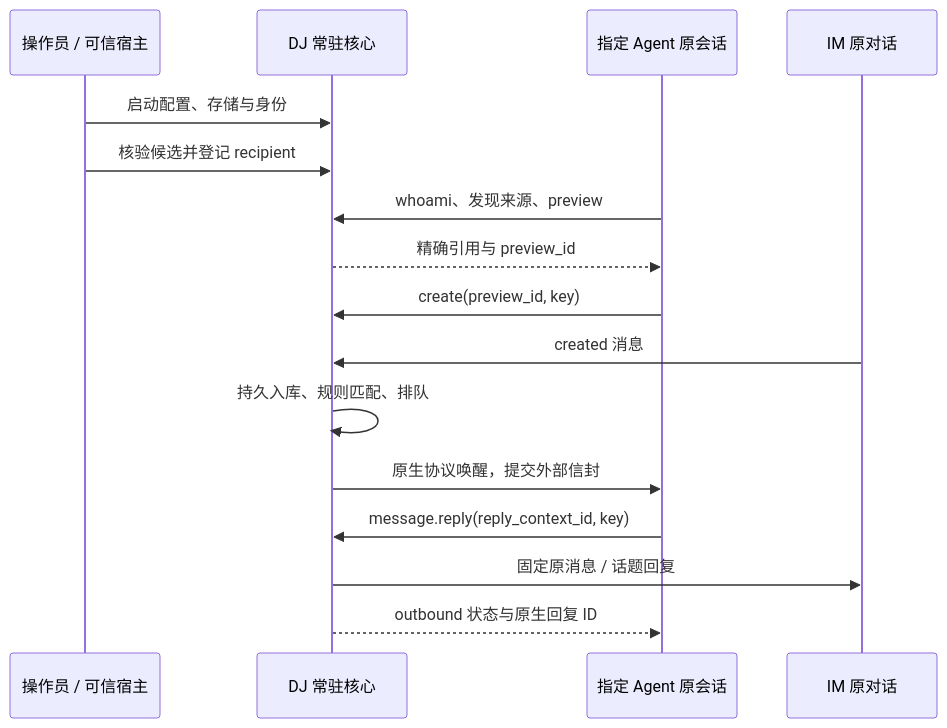
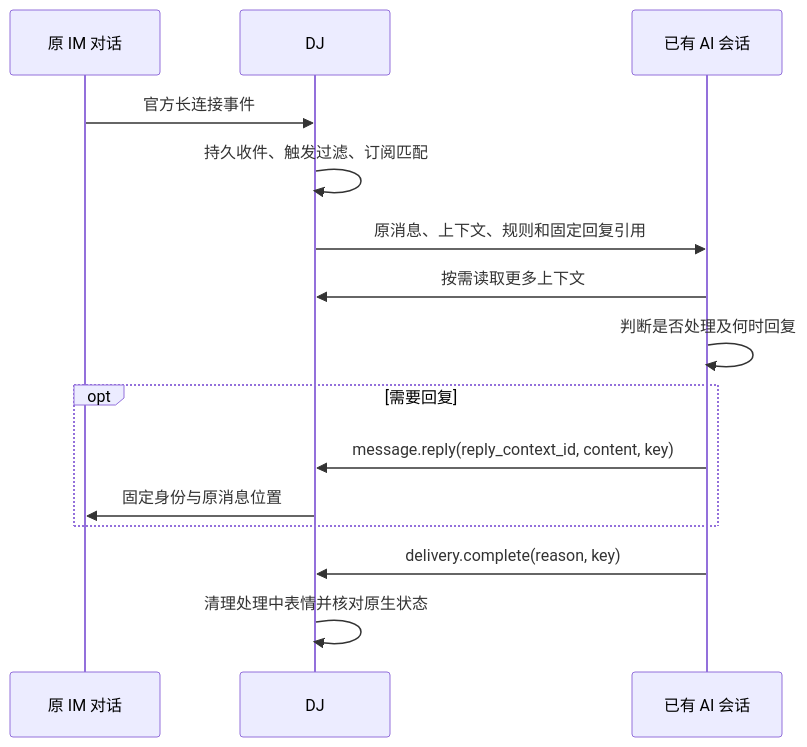
One commit to liuchong/dj changed the diagram in docs/startup-to-reply.md. Above: the diagram before and after it, drawn with Mermaid. The commit also changed other lines of this file and 58 other files, not shown here.

````diff
--- a/docs/startup-to-reply.md
+++ b/docs/startup-to-reply.md
@@ -7,18 +5,17 @@
 ```mermaid
 sequenceDiagram
-  participant O as 操作员 / 可信宿主
-  participant J as DJ 常驻核心
-  participant A as 指定 Agent 原会话
-  participant I as IM 原对话
-  O->>J: 启动配置、存储与身份
-  O->>J: 核验候选并登记 recipient
-  A->>J: whoami、发现来源、preview
-  J-->>A: 精确引用与 preview_id
-  A->>J: create(preview_id, key)
-  I->>J: created 消息
-  J->>J: 持久入库、规则匹配、排队
-  J->>A: 原生协议唤醒，提交外部信封
-  A->>J: message.reply(reply_context_id, key)
-  J->>I: 固定原消息 / 话题回复
-  J-->>A: outbound 状态与原生回复 ID
+  participant IM as 原 IM 对话
+  participant DJ as DJ
+  participant AI as 已有 AI 会话
+  IM->>DJ: 官方长连接事件
+  DJ->>DJ: 持久收件、触发过滤、订阅匹配
+  DJ->>AI: 原消息、上下文、规则和固定回复引用
+  AI->>DJ: 按需读取更多上下文
+  AI->>AI: 判断是否处理及何时回复
+  opt 需要回复
+    AI->>DJ: message.reply(reply_context_id, content, key)
+    DJ->>IM: 固定身份与原消息位置
+  end
+  AI->>DJ: delivery.complete(reason, key)
+  DJ->>DJ: 清理处理中表情并核对原生状态
 ```
````
